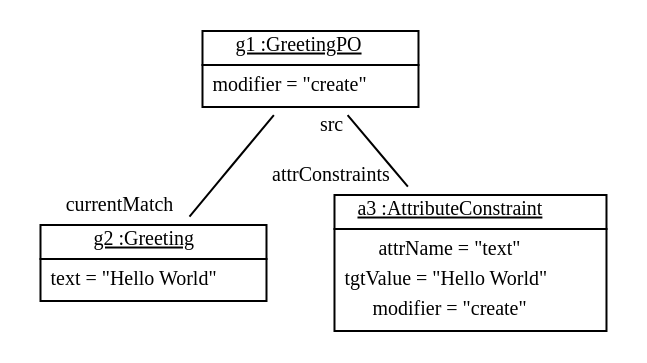
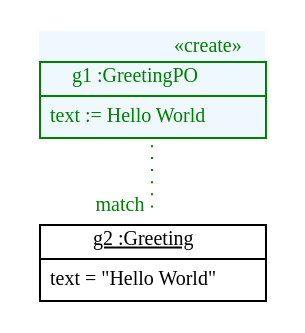
The diagram in doc/TTC2011HelloWorldConstantTransformation1AfterTransformation.dot (fujaba/SDMLib), drawn with Graphviz before and after one commit. The commit also changed 167 other files, not shown here.

```diff
--- a/doc/TTC2011HelloWorldConstantTransformation1AfterTransformation.dot
+++ b/doc/TTC2011HelloWorldConstantTransformation1AfterTransformation.dot
@@ -1,11 +1,9 @@
 graph ObjectDiagram {
    node [shape = none, fontsize = 10];
    edge [fontsize = 10];
 
-g1 [label=<<table border='0' cellborder='1' cellspacing='0'> <tr> <td> <u>g1 :GreetingPO</u></td></tr><tr><td><table border='0' cellborder='0' cellspacing='0'><tr><td>modifier = "create"</td></tr></table></td></tr></table>>];
+g1 [label=<<table border='0' cellborder='1' cellspacing='0' color='green' bgcolor='aliceblue'> <tr> <td border='0' align='right'><font color='green'>&laquo;create&raquo;</font></td></tr> <tr> <td align='center'> <font color='green'> g1 :GreetingPO </font></td></tr> <tr> <td align='left'> <table border='0' cellborder='0' cellspacing='0' color='green'> <tr><td><font color='green'> text := Hello World </font></td></tr></table></td></tr></table>>];
 g2 [label=<<table border='0' cellborder='1' cellspacing='0'> <tr> <td> <u>g2 :Greeting</u></td></tr><tr><td><table border='0' cellborder='0' cellspacing='0'><tr><td>text = "Hello World"</td></tr></table></td></tr></table>>];
-a3 [label=<<table border='0' cellborder='1' cellspacing='0'> <tr> <td> <u>a3 :AttributeConstraint</u></td></tr><tr><td><table border='0' cellborder='0' cellspacing='0'><tr><td>attrName = "text"</td></tr><tr><td>tgtValue = "Hello World"</td></tr><tr><td>modifier = "create"</td></tr></table></td></tr></table>>];
 
-g1 -- a3 [headlabel = "attrConstraints" taillabel = "src"];
-g1 -- g2 [headlabel = "currentMatch" taillabel = ""];
+g1 -- g2 [headlabel = "match" style="dotted" color="green" fontcolor="green"];
 }
```
